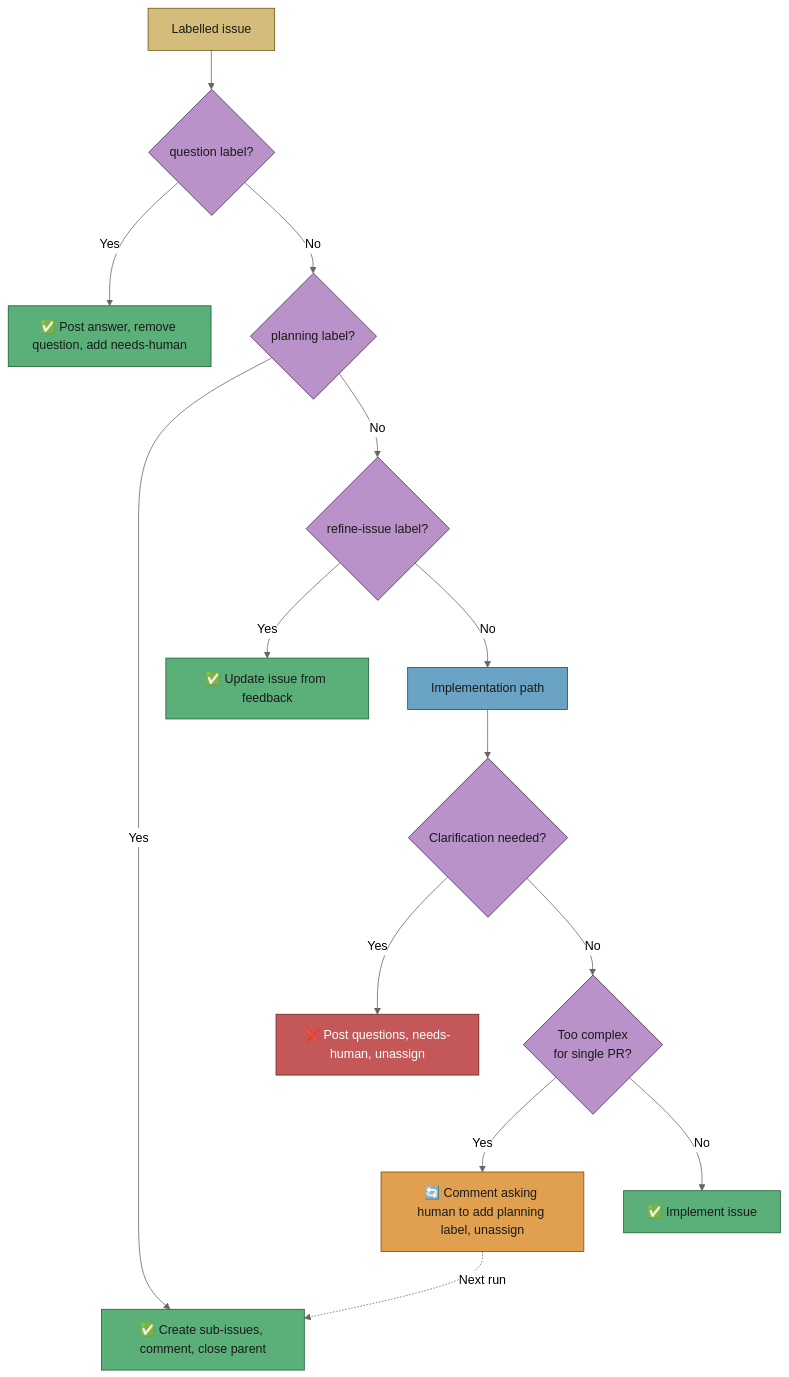
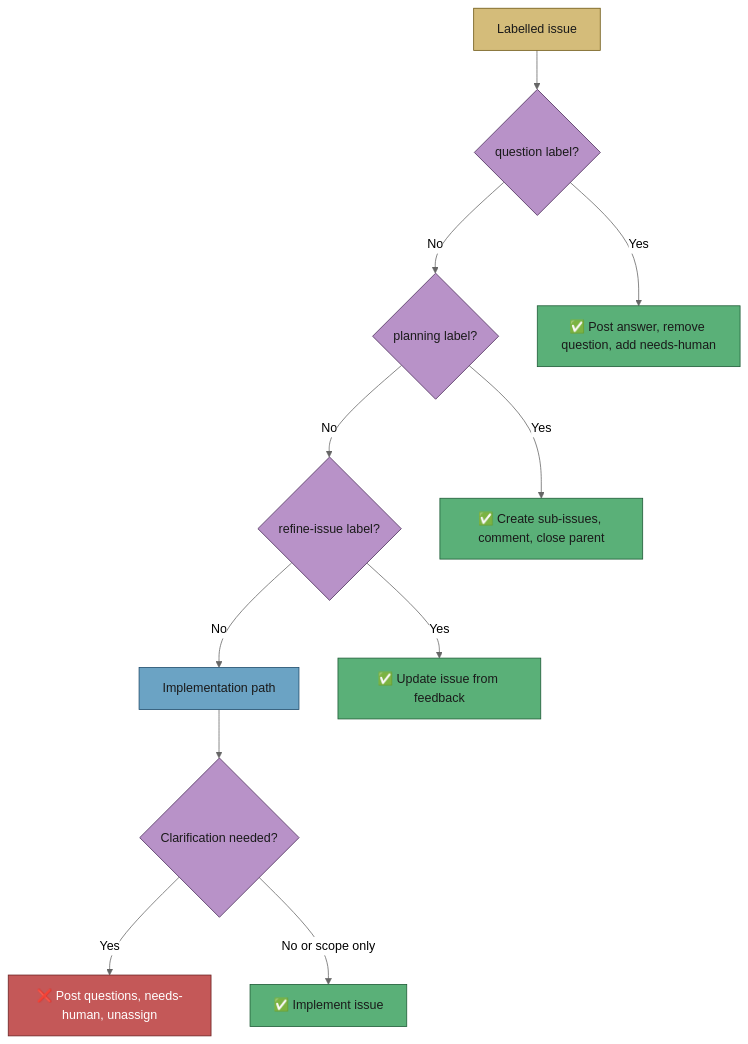
Diagram 13 of 13 in docs/workflows/planning-and-questions.md (stSoftwareAU/VibeCoder), drawn with Mermaid (neutral theme) before and after one commit. The commit also changed other lines of this file and 5 other files, not shown here.

Commit message:
Keep scope-only clarity results in implementation (#4147)

````diff
--- a/docs/workflows/planning-and-questions.md
+++ b/docs/workflows/planning-and-questions.md
@@ -1168,42 +1152,35 @@
 ```mermaid
 flowchart TD
   Issue["Labelled issue"]
   Question{"question label?"}
   Planning{"planning label?"}
   Refine{"refine-issue label?"}
   Impl["Implementation path"]
   Clar{"Clarification needed?"}
   QWork["✅ Post answer, remove question, add needs-human"]
   PlanWork["✅ Create sub-issues, comment, close parent"]
   RefWork["✅ Update issue from feedback"]
   Ask["❌ Post questions, needs-human, unassign"]
-  Complex{"Too complex\nfor single PR?"}
-  Escalate["🔄 Comment asking human to add planning label, unassign"]
   Code["✅ Implement issue"]
   Issue --> Question
   Question -->|Yes| QWork
   Question -->|No| Planning
   Planning -->|Yes| PlanWork
   Planning -->|No| Refine
   Refine -->|Yes| RefWork
   Refine -->|No| Impl
   Impl --> Clar
   Clar -->|Yes| Ask
-  Clar -->|No| Complex
-  Complex -->|Yes| Escalate
-  Escalate -.->|"Next run"| PlanWork
-  Complex -->|No| Code
+  Clar -->|No or scope only| Code
   style Issue fill:#d4bc7a,stroke:#6b5510,color:#1a1a1a
   style Question fill:#b892c8,stroke:#4a2d5a,color:#1a1a1a
   style Planning fill:#b892c8,stroke:#4a2d5a,color:#1a1a1a
   style Refine fill:#b892c8,stroke:#4a2d5a,color:#1a1a1a
   style Impl fill:#6ba3c4,stroke:#1d4a6a,color:#1a1a1a
   style Clar fill:#b892c8,stroke:#4a2d5a,color:#1a1a1a
   style QWork fill:#5ab078,stroke:#1d5a35,color:#1a1a1a
   style PlanWork fill:#5ab078,stroke:#1d5a35,color:#1a1a1a
   style RefWork fill:#5ab078,stroke:#1d5a35,color:#1a1a1a
   style Ask fill:#c45858,stroke:#6b2020,color:#fff
-  style Complex fill:#b892c8,stroke:#4a2d5a,color:#1a1a1a
-  style Escalate fill:#e0a050,stroke:#8b4500,color:#1a1a1a
   style Code fill:#5ab078,stroke:#1d5a35,color:#1a1a1a
 ```
````
